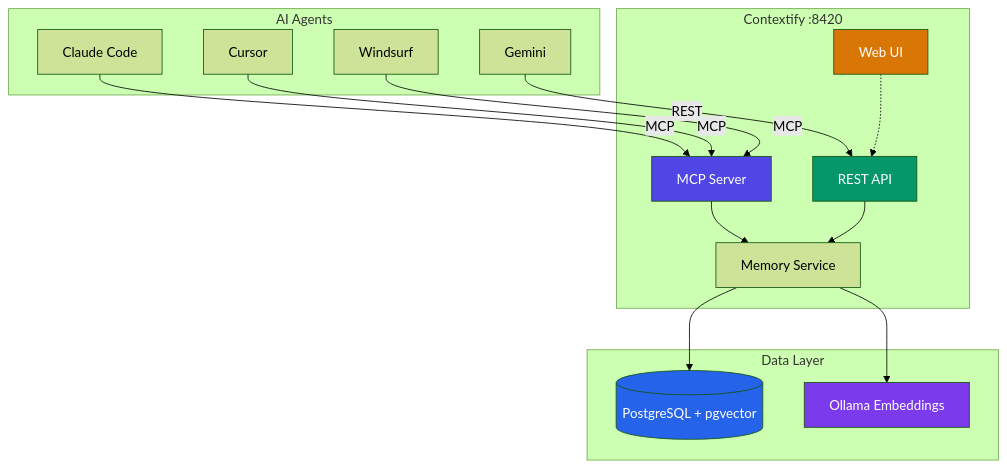
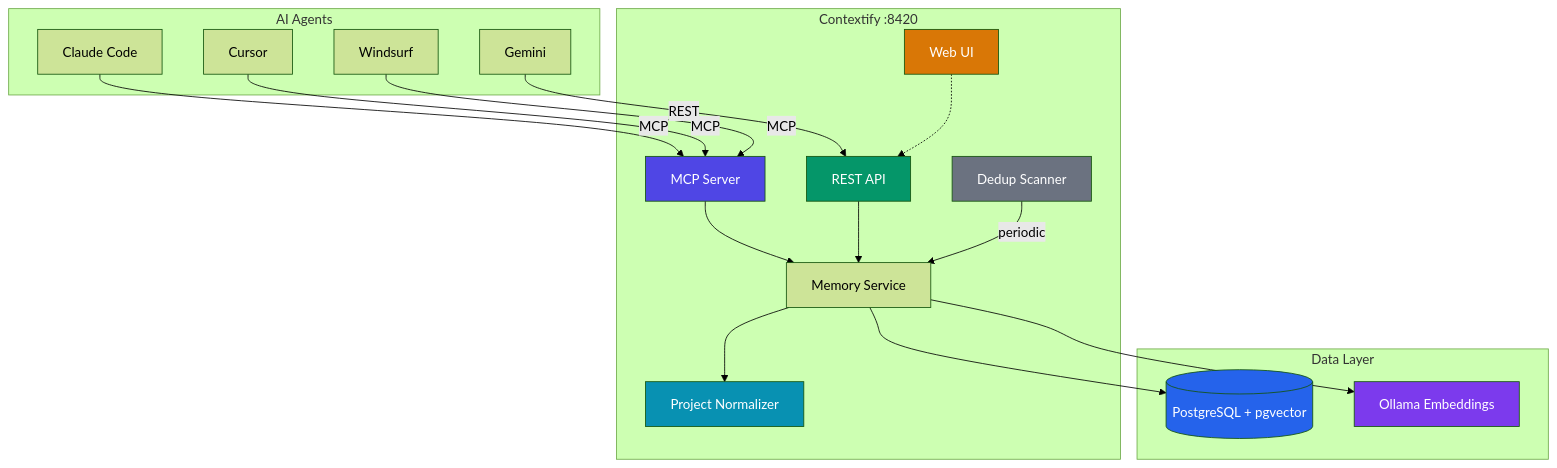
The diagram in README.md (atakanatali/contextify), drawn with Mermaid (forest theme) before and after one commit. The commit also changed other lines of this file and 28 other files, not shown here.

First line of the commit message:
feat: memory consolidation, smart store dedup, and VCS-agnostic project ID normalization

````diff
--- a/README.md
+++ b/README.md
@@ -26,33 +33,39 @@
 ```mermaid
 graph TB
     subgraph Agents["AI Agents"]
         CC[Claude Code]
         CU[Cursor]
         WS[Windsurf]
         GE[Gemini]
     end
 
     subgraph Contextify["Contextify :8420"]
         MCP[MCP Server]
         REST[REST API]
         WEB[Web UI]
         SVC[Memory Service]
+        NORM[Project Normalizer]
+        DEDUP[Dedup Scanner]
     end
 
     subgraph Storage["Data Layer"]
         PG[(PostgreSQL + pgvector)]
         OL[Ollama Embeddings]
     end
 
     CC & CU & WS -->|MCP| MCP
     GE -->|REST| REST
     WEB -.-> REST
     MCP & REST --> SVC
+    SVC --> NORM
     SVC --> PG & OL
+    DEDUP -->|periodic| SVC
 
     style MCP fill:#4f46e5,color:#fff
     style REST fill:#059669,color:#fff
     style WEB fill:#d97706,color:#fff
     style PG fill:#2563eb,color:#fff
     style OL fill:#7c3aed,color:#fff
+    style NORM fill:#0891b2,color:#fff
+    style DEDUP fill:#6b7280,color:#fff
 ```
````
